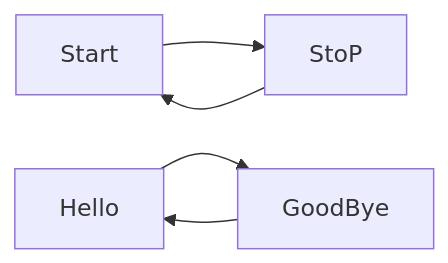
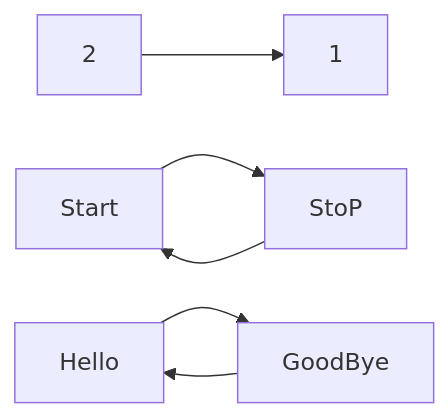
Before and after one commit to NU-Teams/TEST-MERMAIDJS-ACTION: the diagram in README.md, drawn with Mermaid.

````diff
--- a/README.md
+++ b/README.md
@@ -7,8 +7,9 @@
 ```mermaid
 flowchart LR
     Start --> StoP
     StoP --> Start
     Hello --> GoodBye
     GoodBye --> Hello
+    2 --> 1
     
 ```
````
